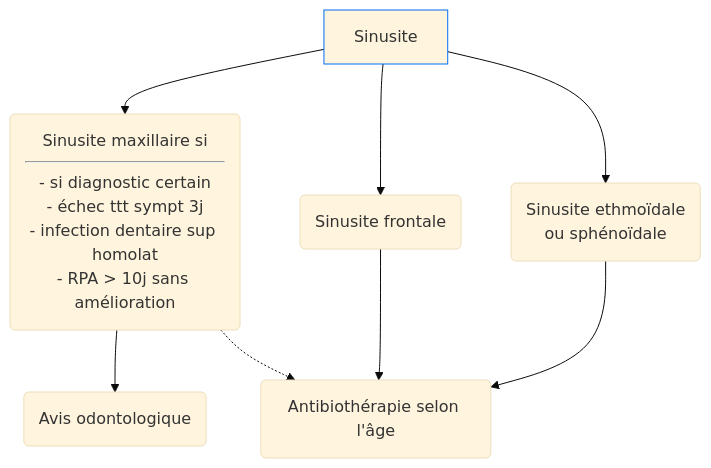
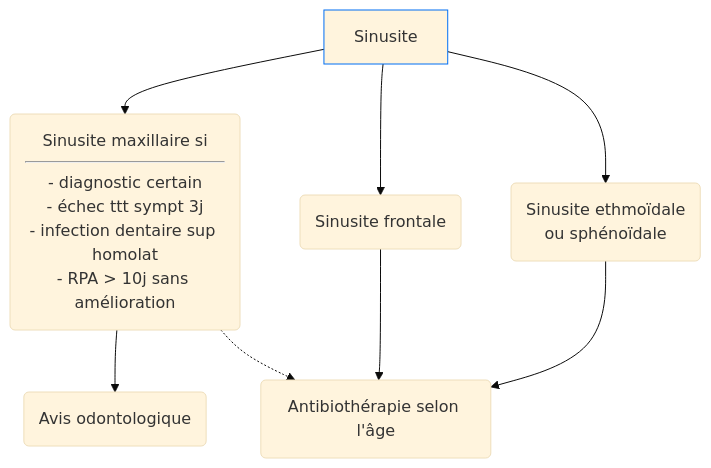
One commit to djibe/recommandations-medicales changed the diagram in content/recommandations/sinusite.md. Above: the diagram before and after it, drawn with Mermaid (base theme). The commit also changed 5 other files, not shown here.

```diff
--- a/content/recommandations/sinusite.md
+++ b/content/recommandations/sinusite.md
@@ -212,10 +212,10 @@
 {{< mermaid title="Conduite à tenir devant une sinusite aiguë purulente. Dr JB FRON d'après SPILF 2011" >}}
 graph TB
-  sinusite[Sinusite] --> maxillaire("Sinusite maxillaire si<hr>- si diagnostic certain<br>- échec ttt sympt 3j<br>- infection dentaire sup homolat<br>- RPA > 10j sans amélioration")
+  sinusite[Sinusite] --> maxillaire("Sinusite maxillaire si<hr>- diagnostic certain<br>- échec ttt sympt 3j<br>- infection dentaire sup homolat<br>- RPA > 10j sans amélioration")
   style sinusite stroke:#006ef4, stroke-width:1px
     maxillaire --> dentaire(Avis odontologique)
     maxillaire -.-> atb(Antibiothérapie selon l'âge)
   sinusite --> frontale(Sinusite frontale) --> atb
   sinusite --> ethm(Sinusite ethmoïdale<br>ou sphénoïdale) --> atb
 
 {{< /mermaid >}}
```
